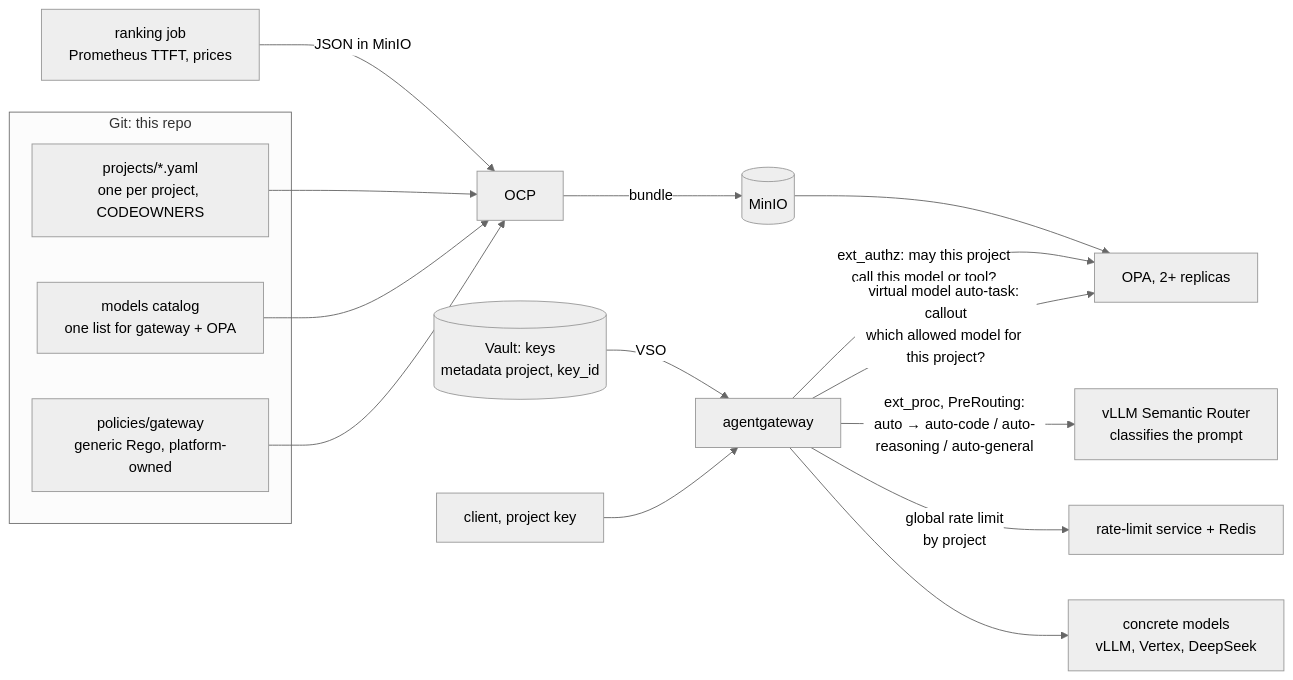
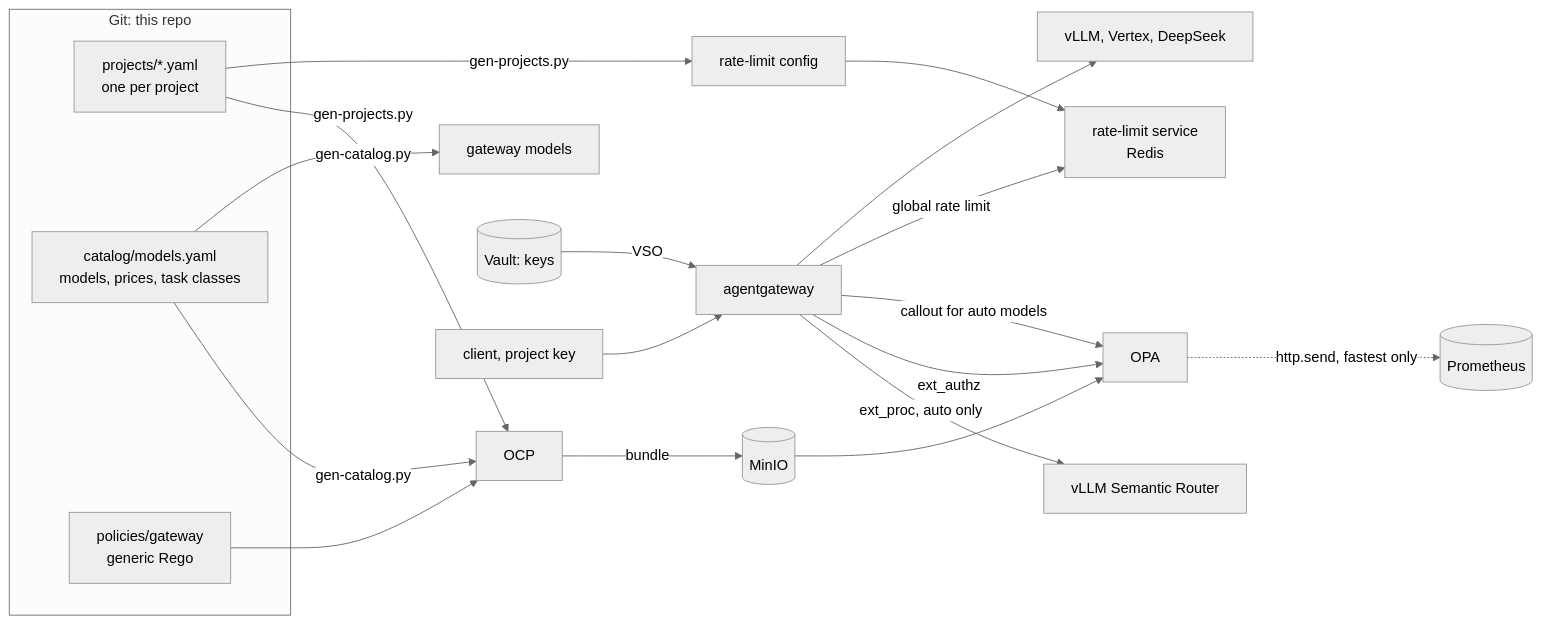
One commit to nolimitkun/mini-platform-deployment changed the diagram in docs/multi-project-policy.md. Above: the diagram before and after it, drawn with Mermaid (neutral theme). The commit also changed other lines of this file and 1 other file, not shown here.

First line of the commit message:
docs: multi-project policy design record, as built

````diff
--- a/docs/multi-project-policy.md
+++ b/docs/multi-project-policy.md
@@ -21,20 +23,23 @@
 ```mermaid
 flowchart LR
   subgraph git[Git: this repo]
-    proj[projects/*.yaml<br/>one per project, CODEOWNERS]
-    cat[models catalog<br/>one list for gateway + OPA]
-    lib[policies/gateway<br/>generic Rego, platform-owned]
+    proj[projects/*.yaml<br/>one per project]
+    cat[catalog/models.yaml<br/>models, prices, task classes]
+    lib[policies/gateway<br/>generic Rego]
   end
-  rank[ranking job<br/>Prometheus TTFT, prices] -->|JSON in MinIO| ocp
-  proj --> ocp[OCP]
-  cat --> ocp
+  proj -->|gen-projects.py| ocp[OCP]
+  cat -->|gen-catalog.py| ocp
   lib --> ocp
-  ocp -->|bundle| minio[(MinIO)] --> opa[OPA, 2+ replicas]
-  vault[(Vault: keys<br/>metadata project, key_id)] -->|VSO| agw
+  ocp -->|bundle| minio[(MinIO)] --> opa[OPA]
+  proj -->|gen-projects.py| rlcfg[rate-limit config]
+  cat -->|gen-catalog.py| gwcfg[gateway models]
+  vault[(Vault: keys)] -->|VSO| agw
   client[client, project key] --> agw[agentgateway]
-  agw -->|ext_proc, PreRouting:<br/>auto → auto-code / auto-reasoning / auto-general| vsr[vLLM Semantic Router<br/>classifies the prompt]
-  agw -->|ext_authz: may this project<br/>call this model or tool?| opa
-  agw -->|virtual model auto-task: callout<br/>which allowed model for this project?| opa
-  agw -->|global rate limit<br/>by project| rl[rate-limit service + Redis]
-  agw --> models[concrete models<br/>vLLM, Vertex, DeepSeek]
+  agw -->|ext_proc, auto only| vsr[vLLM Semantic Router]
+  agw -->|ext_authz| opa
+  agw -->|callout for auto models| opa
+  agw -->|global rate limit| rl[rate-limit service<br/>Redis]
+  rlcfg --> rl
+  opa -.->|http.send, fastest only| prom[(Prometheus)]
+  agw --> models[vLLM, Vertex, DeepSeek]
 ```
````
